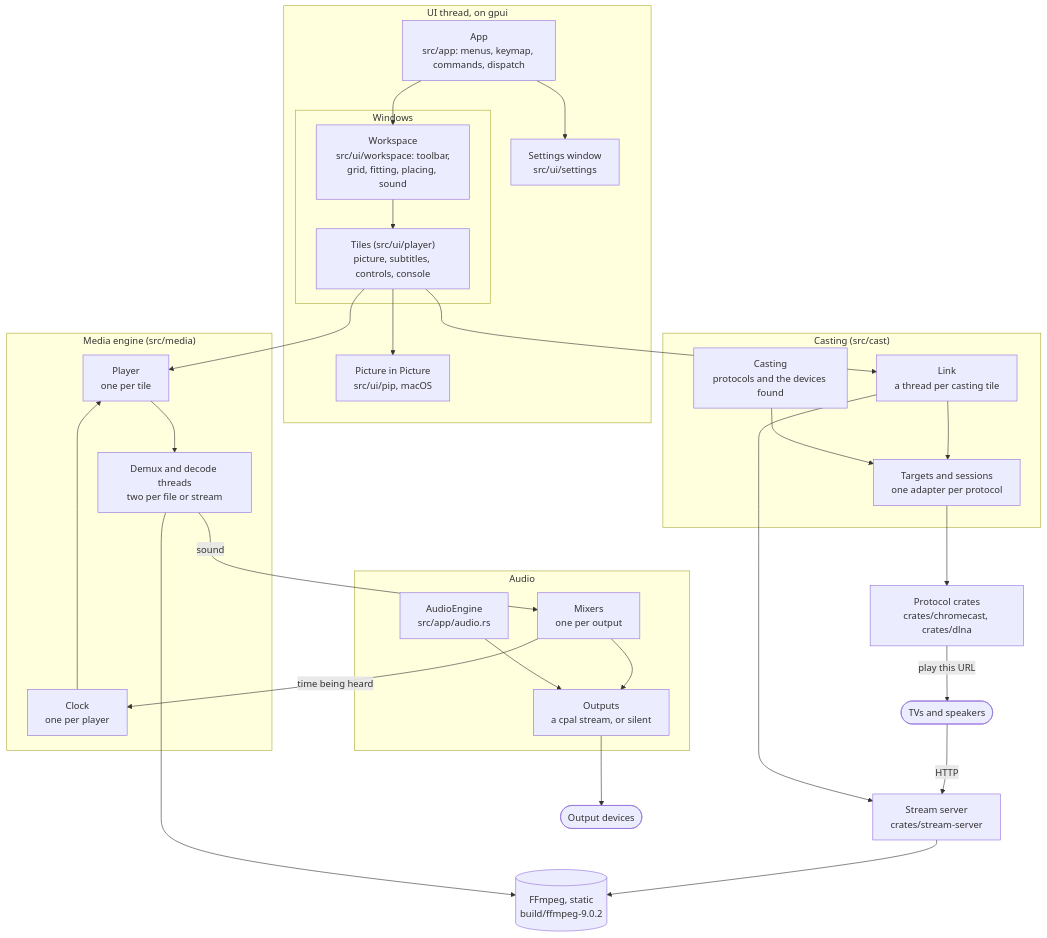
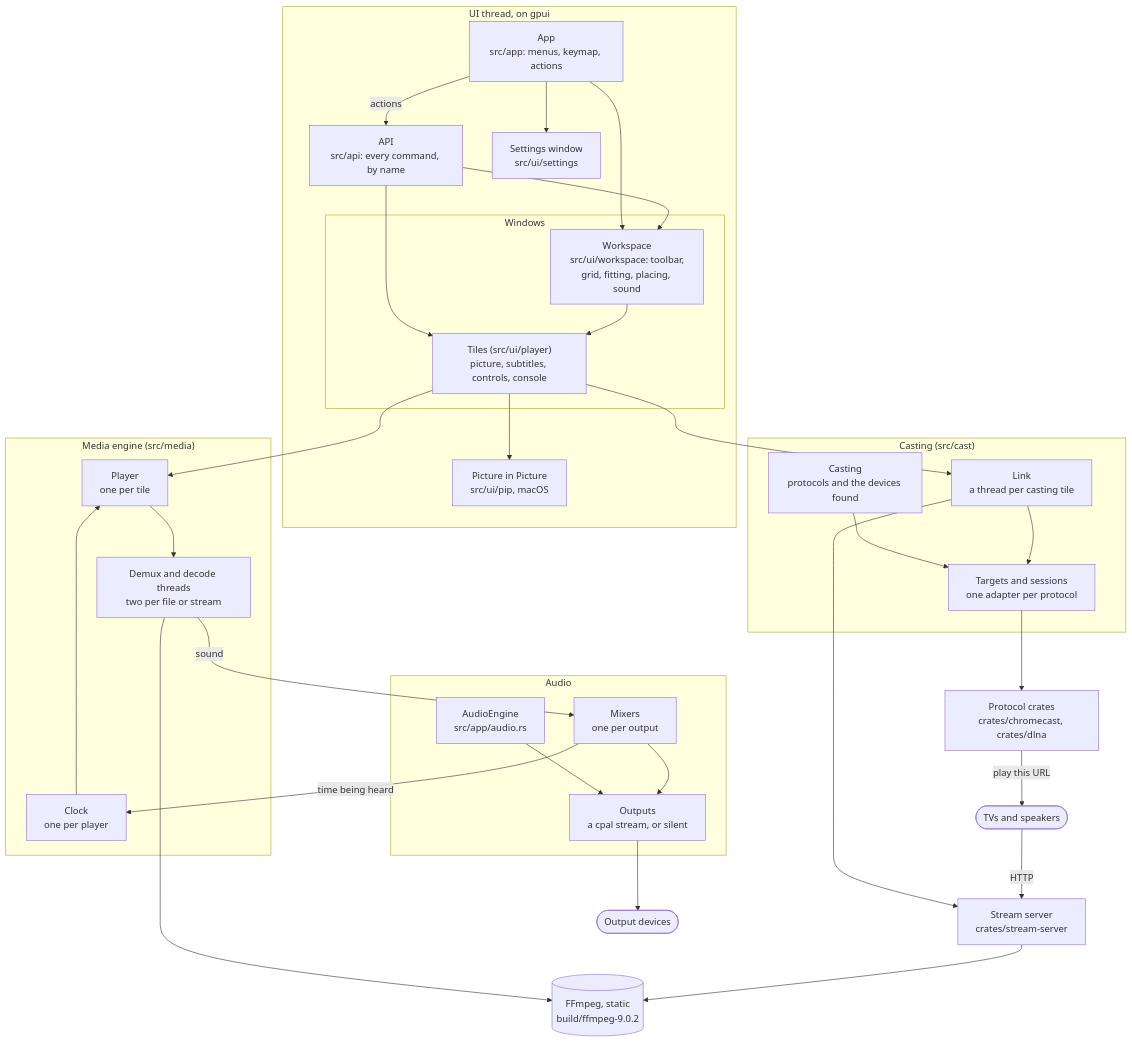
The first of 6 diagrams in ARCHITECTURE.md (velocityzen/Plays), drawn with Mermaid before and after one commit. The commit also changed other lines of this file and 31 other files, not shown here.

````diff
--- a/ARCHITECTURE.md
+++ b/ARCHITECTURE.md
@@ -29,58 +29,62 @@
 ```mermaid
 flowchart TB
     subgraph uithread ["UI thread, on gpui"]
-        app["App<br/>src/app: menus, keymap, commands, dispatch"]
+        app["App<br/>src/app: menus, keymap, actions"]
+        api["API<br/>src/api: every command, by name"]
         settings["Settings window<br/>src/ui/settings"]
         subgraph windows ["Windows"]
             workspace["Workspace<br/>src/ui/workspace: toolbar,<br/>grid, fitting, placing, sound"]
             tiles["Tiles (src/ui/player)<br/>picture, subtitles, controls, console"]
         end
         pip["Picture in Picture<br/>src/ui/pip, macOS"]
     end
 
     subgraph media ["Media engine (src/media)"]
         player["Player<br/>one per tile"]
         threads["Demux and decode threads<br/>two per file or stream"]
         clock["Clock<br/>one per player"]
     end
 
     subgraph audio ["Audio"]
         engine["AudioEngine<br/>src/app/audio.rs"]
         mixers["Mixers<br/>one per output"]
         outputs["Outputs<br/>a cpal stream, or silent"]
     end
 
     subgraph cast ["Casting (src/cast)"]
         casting["Casting<br/>protocols and the devices found"]
         link["Link<br/>a thread per casting tile"]
         targets["Targets and sessions<br/>one adapter per protocol"]
     end
 
     crates["Protocol crates<br/>crates/chromecast, crates/dlna"]
     server["Stream server<br/>crates/stream-server"]
     ffmpeg[("FFmpeg, static<br/>build/ffmpeg-9.0.2")]
     speakers(["Output devices"])
     devices(["TVs and speakers"])
 
     app --> workspace
     app --> settings
+    app -->|"actions"| api
+    api --> workspace
+    api --> tiles
     workspace --> tiles
     tiles --> player
     tiles --> pip
     player --> threads
     threads --> ffmpeg
     threads -->|"sound"| mixers
     mixers -->|"time being heard"| clock
     clock --> player
     engine --> outputs
     mixers --> outputs
     outputs --> speakers
     tiles --> link
     casting --> targets
     link --> targets
     link --> server
     targets --> crates
     crates -->|"play this URL"| devices
     devices -->|"HTTP"| server
     server --> ffmpeg
 ```
````
